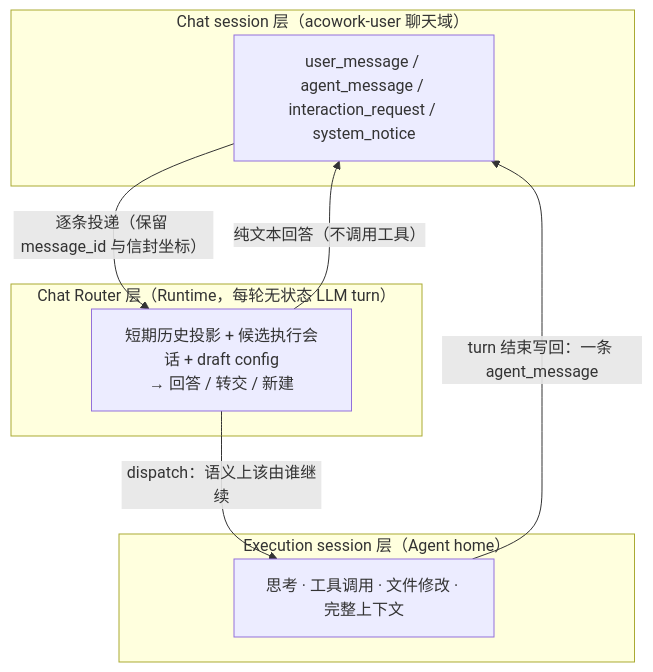
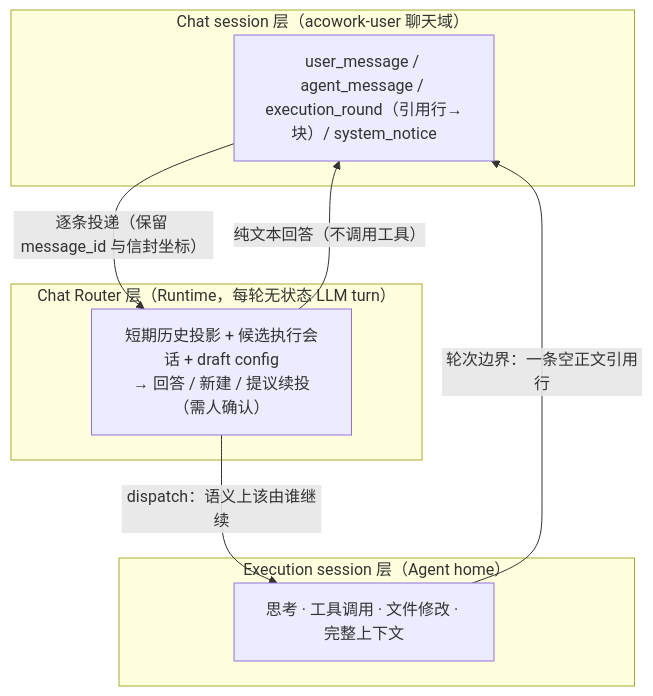
Before and after one commit to acowork/acowork: the fourth of 10 diagrams in docs/design/zh/27-intent-messaging-and-group-chat.md, drawn with Mermaid. The commit also changed other lines of this file and 3 other files, not shown here.

````diff
--- a/docs/design/zh/27-intent-messaging-and-group-chat.md
+++ b/docs/design/zh/27-intent-messaging-and-group-chat.md
@@ -93,16 +95,16 @@
 ```mermaid
 graph TB
     subgraph CHAT["Chat session 层（acowork-user 聊天域）"]
-        A["user_message / agent_message / interaction_request / system_notice"]
+        A["user_message / agent_message / execution_round（引用行→块）/ system_notice"]
     end
     subgraph ROUTER["Chat Router 层（Runtime，每轮无状态 LLM turn）"]
-        R["短期历史投影 + 候选执行会话 + draft config<br/>→ 回答 / 转交 / 新建"]
+        R["短期历史投影 + 候选执行会话 + draft config<br/>→ 回答 / 新建 / 提议续投（需人确认）"]
     end
     subgraph EXEC["Execution session 层（Agent home）"]
         B["思考 · 工具调用 · 文件修改 · 完整上下文"]
     end
     A -->|"逐条投递（保留 message_id 与信封坐标）"| R
     R -->|"dispatch：语义上该由谁继续"| B
     R -->|"纯文本回答（不调用工具）"| A
-    B -->|"turn 结束写回：一条 agent_message"| A
+    B -->|"轮次边界：一条空正文引用行"| A
 ```
````
